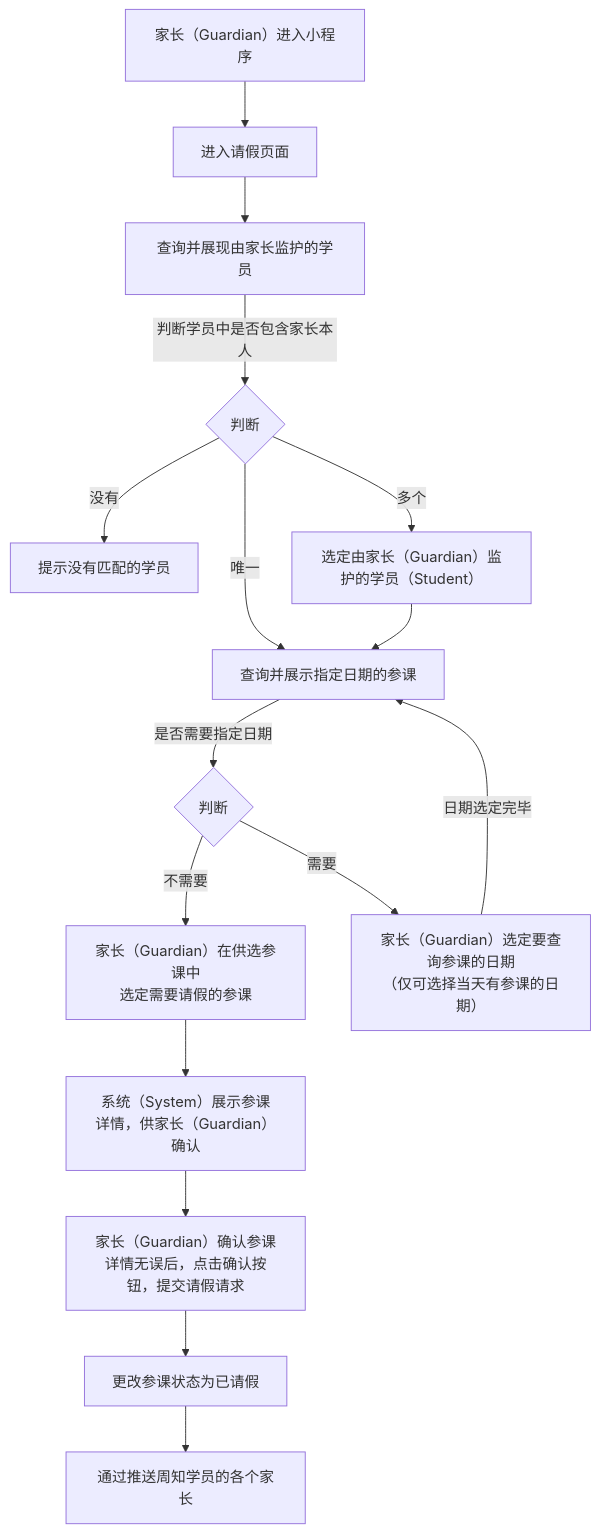
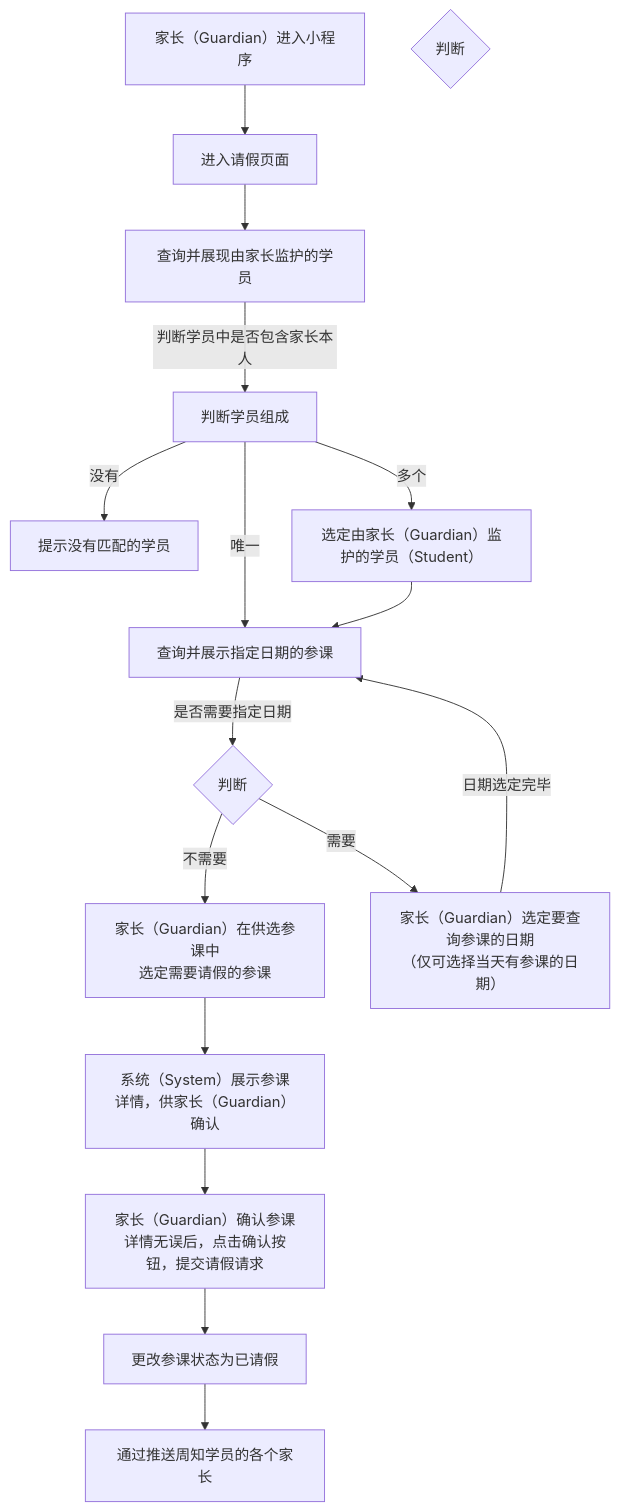
One commit to world-wide-web/sign changed the second of 2 diagrams in 用例/请假.md. Above: the diagram before and after it, drawn with Mermaid. The commit also changed other lines of this file, not shown here.

Commit message:
用例/请假.md updated from https://stackedit.io/

````diff
--- a/用例/请假.md
+++ b/用例/请假.md
@@ -60,50 +60,50 @@
 ```mermaid
 graph TD
 
 进入小程序-->进入请假页面
 
 进入请假页面-->查询并展现由家长监护的学员
 
-查询并展现由家长监护的学员--判断学员中是否包含家长本人-->判断学员数量
+查询并展现由家长监护的学员--判断学员中是否包含家长本人-->判断学员组成
 
-判断学员数量--没有-->提示没有匹配的学员
+判断学员组成--没有-->提示没有匹配的学员
 
-判断学员数量--唯一-->查询并展示指定日期的参课
+判断学员组成--唯一-->查询并展示指定日期的参课
 
-判断学员数量--多个-->选定学员
+判断学员组成--多个-->选定学员
 
 选定学员-->查询并展示指定日期的参课
 
 查询并展示指定日期的参课--是否需要指定日期-->决定是否需要指定日期
 
 决定是否需要指定日期--不需要-->选定参课
 
 决定是否需要指定日期--需要-->选定日期
 
 选定日期--日期选定完毕-->查询并展示指定日期的参课
 
 选定参课-->展示参课详情
 
 展示参课详情-->提交请假请求
 
 提交请假请求-->更改参课状态为已请假
 
 更改参课状态为已请假-->通过推送周知学员的各个家长
 
 进入小程序["<center>家长（Guardian）进入小程序</center>"]
 
 判断学员数量{"<center>判断</center>"}
 
 选定学员["<center>选定由家长（Guardian）监护的学员（Student）</center>"]
 
 决定是否需要指定日期{"<center>判断</center>"}
 
 选定日期["<center>家长（Guardian）选定要查询参课的日期<br>（仅可选择当天有参课的日期）</center>"]
 
 选定参课["<center>家长（Guardian）在供选参课中<br>选定需要请假的参课</center>"]
 
 展示参课详情["<center>系统（System）展示参课详情，供家长（Guardian）确认</center>"]
 
 提交请假请求["<center>家长（Guardian）确认参课详情无误后，点击确认按钮，提交请假请求</center>"]
 
 ```
````
